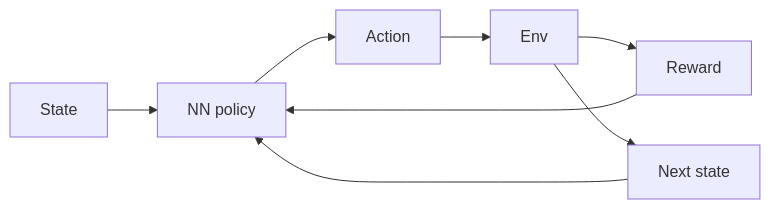
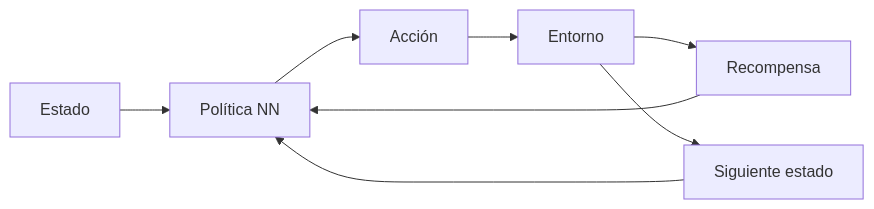
One commit to EmersonBraun/ai-summary-hub changed the diagram in i18n/es/docusaurus-plugin-content-docs/current/drl/index.md. Above: the diagram before and after it, drawn with Mermaid. The commit also changed other lines of this file and 230 other files, not shown here.

````diff
--- a/i18n/es/docusaurus-plugin-content-docs/current/drl/index.md
+++ b/i18n/es/docusaurus-plugin-content-docs/current/drl/index.md
@@ -17,10 +19,10 @@
 ```mermaid
 flowchart LR
-  State[State] --> Policy[NN policy]
-  Policy --> Action[Action]
-  Action --> Env[Env]
-  Env --> Reward[Reward]
-  Env --> NextState[Next state]
+  State[Estado] --> Policy[Política NN]
+  Policy --> Action[Acción]
+  Action --> Env[Entorno]
+  Env --> Reward[Recompensa]
+  Env --> NextState[Siguiente estado]
   Reward --> Policy
   NextState --> Policy
 ```
````
